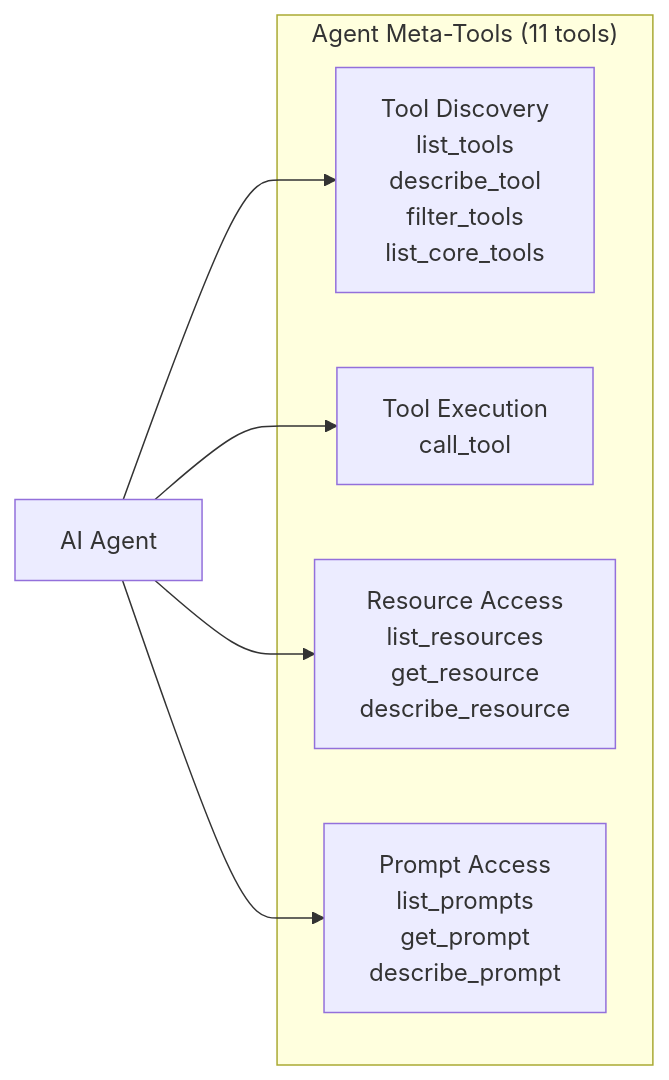
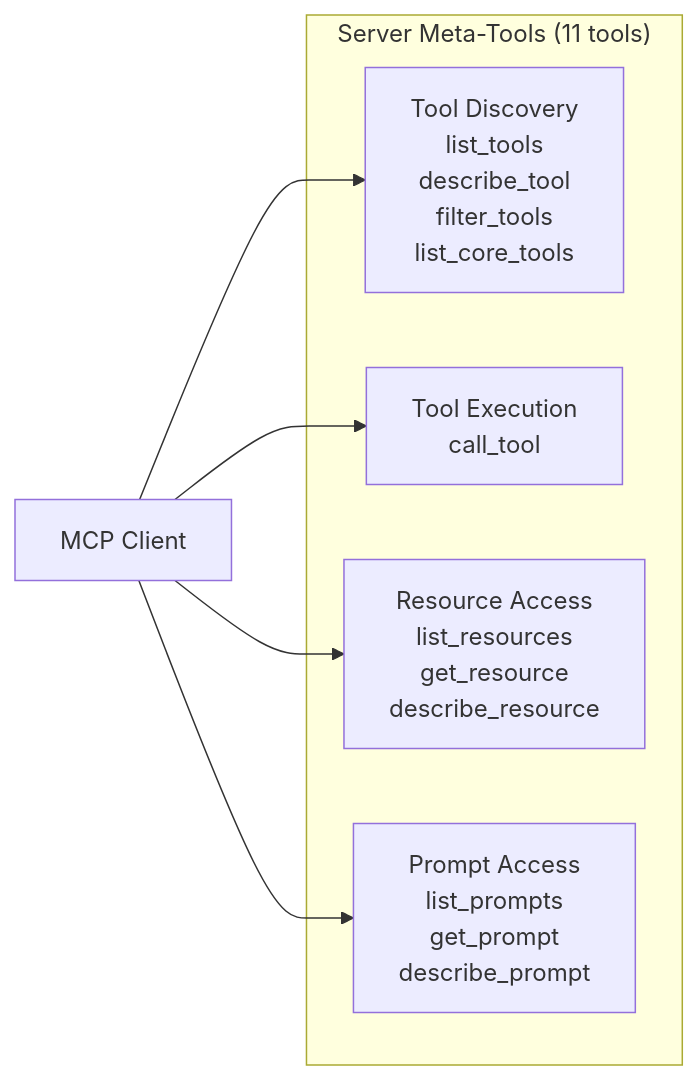
One commit to giantswarm/muster changed the third of 5 diagrams in docs/explanation/architecture.md. Above: the diagram before and after it, drawn with Mermaid. The commit also changed other lines of this file and 18 other files, not shown here.

First line of the commit message:
Docs: Server-Side Meta-Tools Documentation (#352)

````diff
--- a/docs/explanation/architecture.md
+++ b/docs/explanation/architecture.md
@@ -143,14 +155,14 @@
 ```mermaid
 graph LR
-    subgraph "Agent Meta-Tools (11 tools)"
+    subgraph "Server Meta-Tools (11 tools)"
         Discovery[Tool Discovery<br/>list_tools<br/>describe_tool<br/>filter_tools<br/>list_core_tools]
         Execution[Tool Execution<br/>call_tool]
         Resources[Resource Access<br/>list_resources<br/>get_resource<br/>describe_resource]
         Prompts[Prompt Access<br/>list_prompts<br/>get_prompt<br/>describe_prompt]
     end
     
-    Agent[AI Agent] --> Discovery
-    Agent --> Execution
-    Agent --> Resources
-    Agent --> Prompts
+    Client[MCP Client] --> Discovery
+    Client --> Execution
+    Client --> Resources
+    Client --> Prompts
 ```
````
